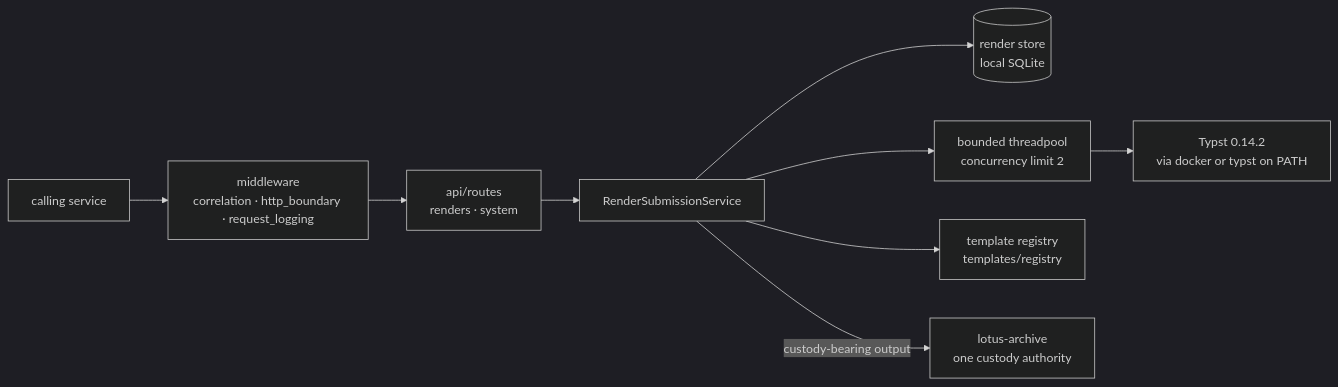
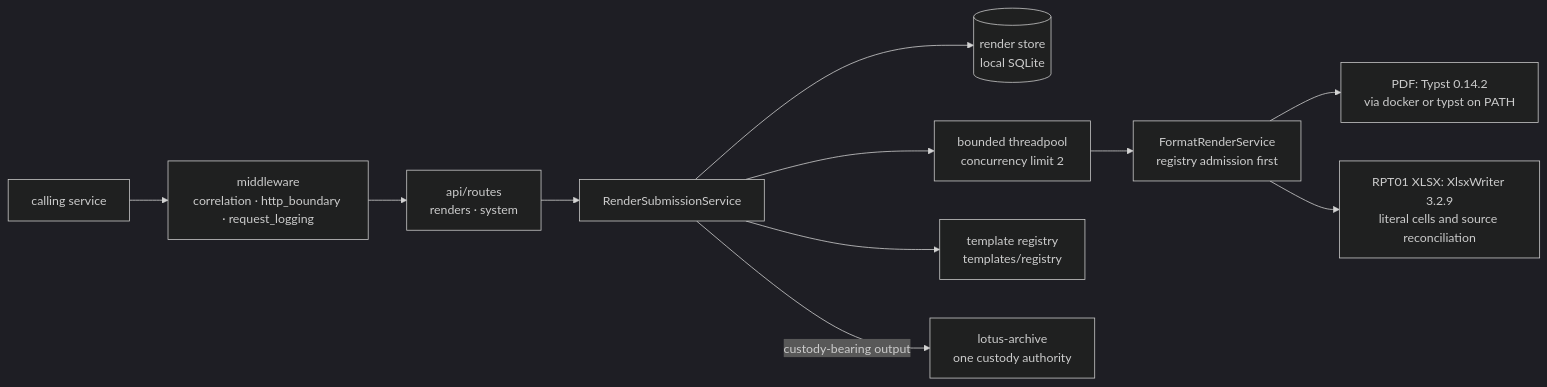
One commit to sgajbi/lotus-render changed the second of 2 diagrams in wiki/Architecture.md. Above: the diagram before and after it, drawn with Mermaid (dark theme). The commit also changed other lines of this file and 60 other files, not shown here.

Commit message:
feat: render retained composite review as literal XLSX

````diff
--- a/wiki/Architecture.md
+++ b/wiki/Architecture.md
@@ -50,11 +59,13 @@
 ```mermaid
 flowchart LR
   C["calling service"] --> MW["middleware<br/>correlation · http_boundary · request_logging"]
   MW --> API["api/routes<br/>renders · system"]
   API --> SUB["RenderSubmissionService"]
   SUB --> STORE[("render store<br/>local SQLite")]
   SUB --> POOL["bounded threadpool<br/>concurrency limit 2"]
-  POOL --> ENGINE["Typst 0.14.2<br/>via docker or typst on PATH"]
+  POOL --> DISPATCH["FormatRenderService<br/>registry admission first"]
+  DISPATCH --> ENGINE["PDF: Typst 0.14.2<br/>via docker or typst on PATH"]
+  DISPATCH --> XLSX["RPT01 XLSX: XlsxWriter 3.2.9<br/>literal cells and source reconciliation"]
   SUB --> REG["template registry<br/>templates/registry"]
   SUB -- "custody-bearing output" --> ARC["lotus-archive<br/>one custody authority"]
 ```
````
